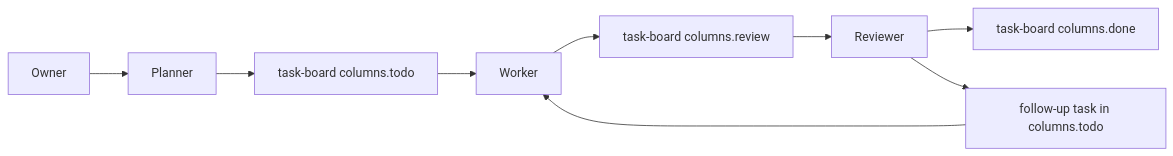
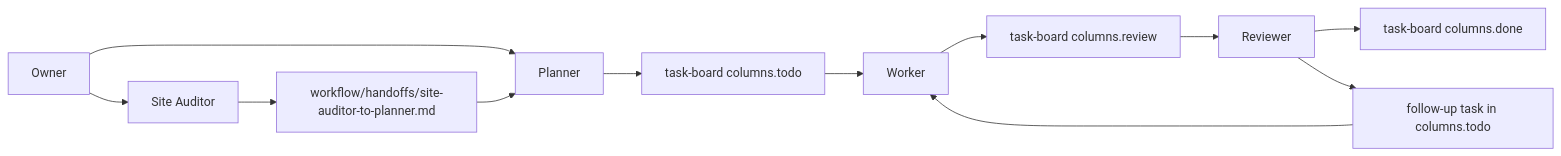
The diagram in workflow/workflow-overview.md (reatured/orchia-auto), drawn with Mermaid before and after one commit. The commit also changed other lines of this file and 14 other files, not shown here.

First line of the commit message:
Add Site Auditor role and handoff documentation; create sample board fixture for QA

````diff
--- a/workflow/workflow-overview.md
+++ b/workflow/workflow-overview.md
@@ -51,11 +51,14 @@
 ```mermaid
 flowchart LR
   Owner["Owner"] --> Planner["Planner"]
+  Owner --> SiteAuditor["Site Auditor"]
+  SiteAuditor --> AuditHandoff["workflow/handoffs/site-auditor-to-planner.md"]
+  AuditHandoff --> Planner
   Planner --> Todo["task-board columns.todo"]
   Todo --> Worker["Worker"]
   Worker --> Review["task-board columns.review"]
   Review --> Reviewer["Reviewer"]
   Reviewer --> Done["task-board columns.done"]
   Reviewer --> FollowUp["follow-up task in columns.todo"]
   FollowUp --> Worker
 ```
````
